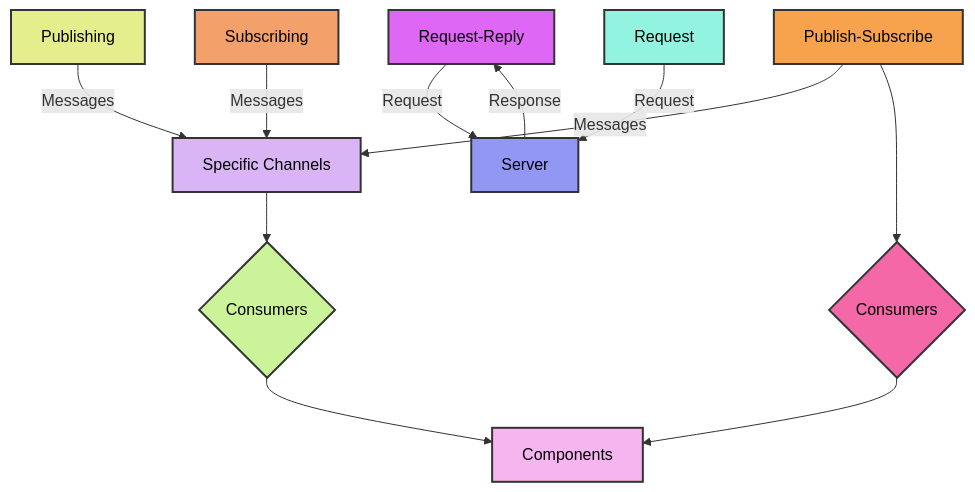
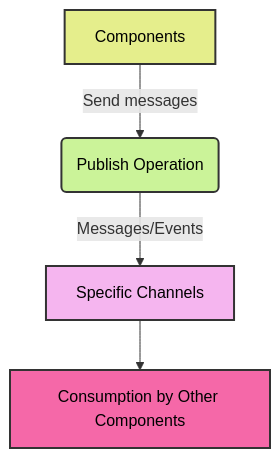
One commit to asyncapi/website changed the second of 6 diagrams in pages/docs/concepts/asyncapi-document/operations.md. Above: the diagram before and after it, drawn with Mermaid. The commit also changed other lines of this file, not shown here.

Commit message:
Improved all Mermaid Diagrams

````diff
--- a/pages/docs/concepts/asyncapi-document/operations.md
+++ b/pages/docs/concepts/asyncapi-document/operations.md
@@ -61,26 +52,12 @@
 ```mermaid
 flowchart TD
-style A fill:#E5EE8C, stroke:#333, stroke-width:2px;
-style E fill:#F3A06A, stroke:#333, stroke-width:2px;
-style C fill:#CBF399, stroke:#333, stroke-width:2px;
-style D fill:#F5B5EF, stroke:#333, stroke-width:2px;
-style B fill:#DAB5F5, stroke:#333, stroke-width:2px;
-style F fill:#DE68F5, stroke:#333, stroke-width:2px; 
-style G fill:#9197F3, stroke:#333, stroke-width:2px;
-style H fill:#91F3E0, stroke:#333, stroke-width:2px;
-style I fill:#F7A24C, stroke:#333, stroke-width:2px;
-style J fill:#F568A8, stroke:#333, stroke-width:2px;
-    A[Publishing] -->|Messages| B[Specific Channels]
-    B --> C{Consumers}
-    C --> D[Components]
-    E[Subscribing] -->|Messages| B
-    F[Request-Reply] -->|Request| G[Server]
-    G -->|Response| F
-    H[Request] -->|Request| G
-    I[Publish-Subscribe] -->|Messages| B
-    I --> J{Consumers}
-    J --> D
-
+style A fill:#E5EE8C,stroke:#333,stroke-width:2px
+style B fill:#CBF399,stroke:#333,stroke-width:2px
+style C fill:#F5B5EF,stroke:#333,stroke-width:2px
+style D fill:#F568A8,stroke:#333,stroke-width:2px
+    A[Components] -- Send messages --> B(Publish Operation)
+    B -- Messages/Events --> C[Specific Channels]
+    C --> D[Consumption by Other Components]
  classDef labelStyle color:#000000;
     class A,B,C,D,E,F,G,H,I,J labelStyle;
-```
+```  
````
